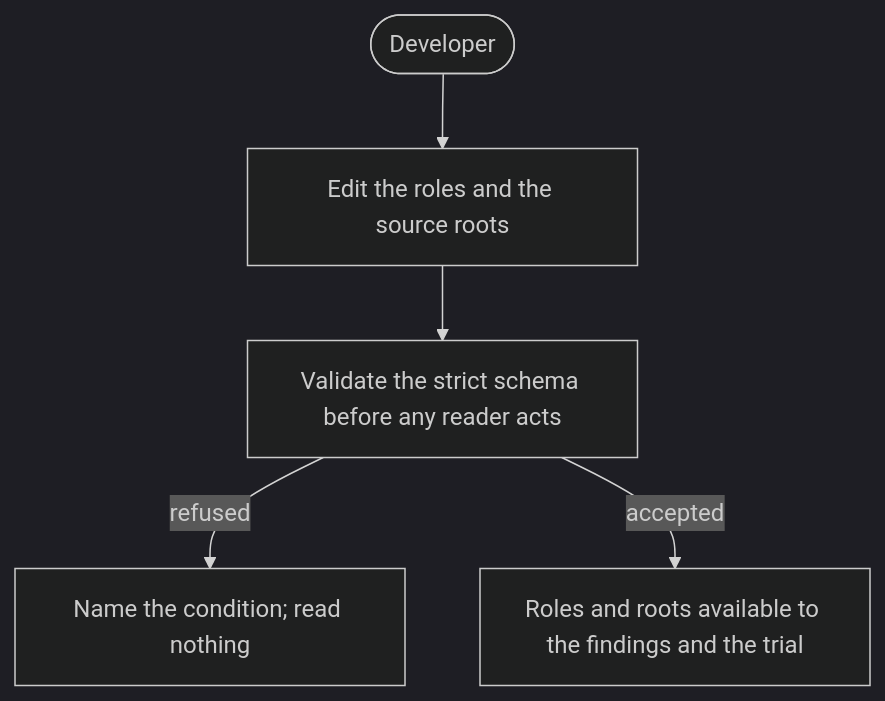
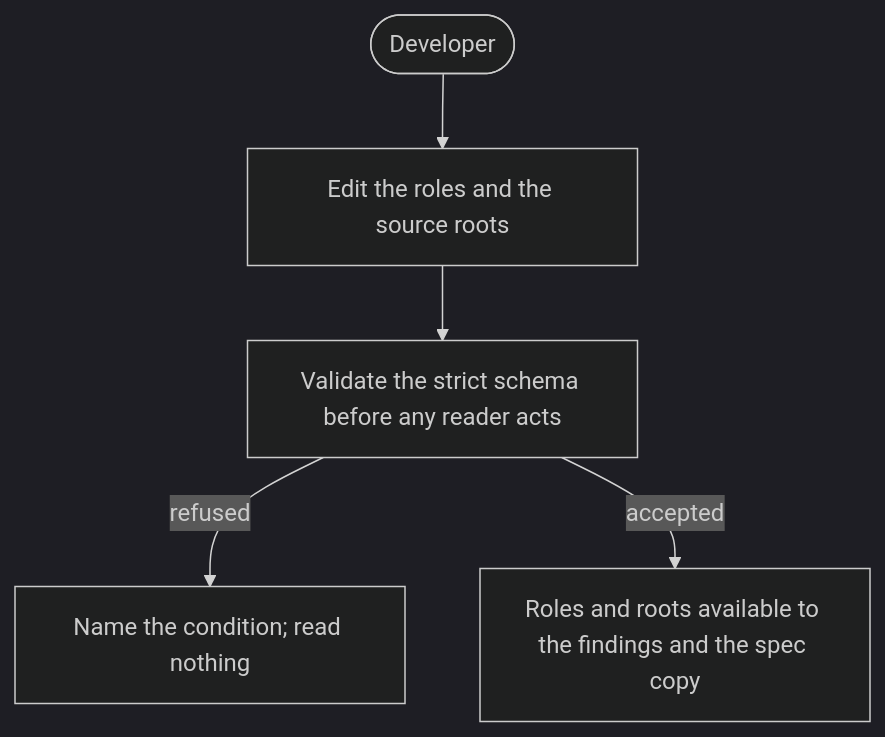
One commit to buster/givn changed the diagram in givn/specs/declare-the-specification/usecase.md. Above: the diagram before and after it, drawn with Mermaid (dark theme). The commit also changed other lines of this file and 26 other files, not shown here.

````diff
--- a/givn/specs/declare-the-specification/usecase.md
+++ b/givn/specs/declare-the-specification/usecase.md
@@ -114,7 +117,7 @@
 ```mermaid
 flowchart TB
   DEV([Developer]) --> EDIT["Edit the roles and the source roots"]
   EDIT --> VALIDATE["Validate the strict schema before any reader acts"]
   VALIDATE -->|refused| REFUSE["Name the condition; read nothing"]
-  VALIDATE -->|accepted| READERS["Roles and roots available to the findings and the trial"]
+  VALIDATE -->|accepted| READERS["Roles and roots available to the findings and the spec copy"]
 ```
````
